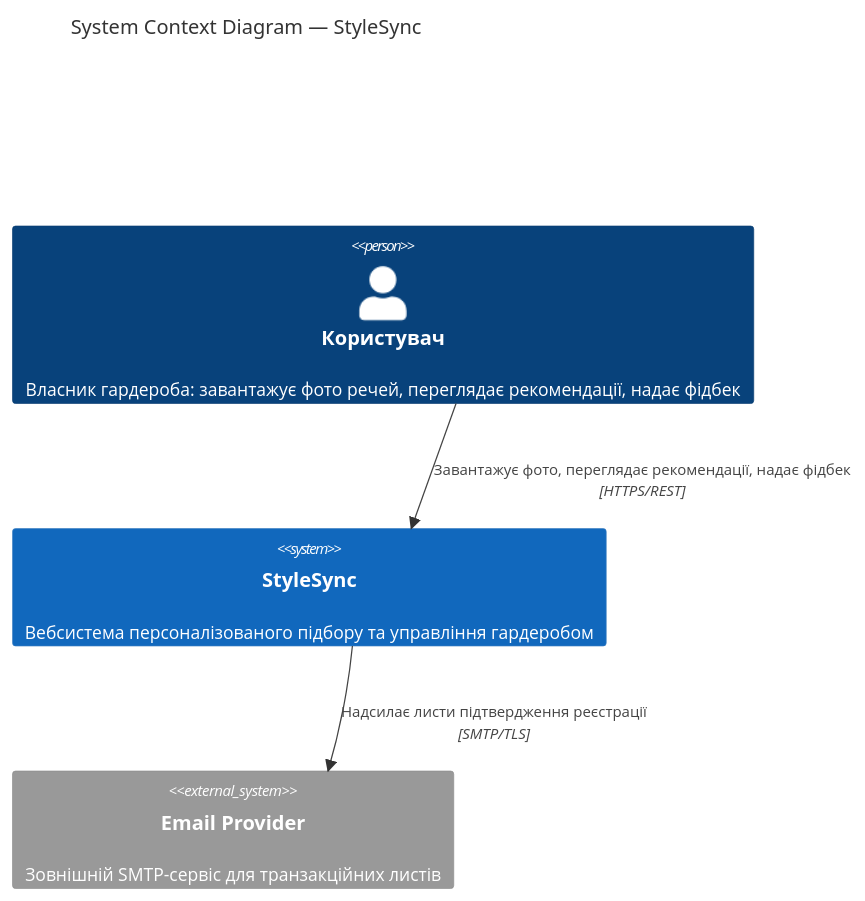
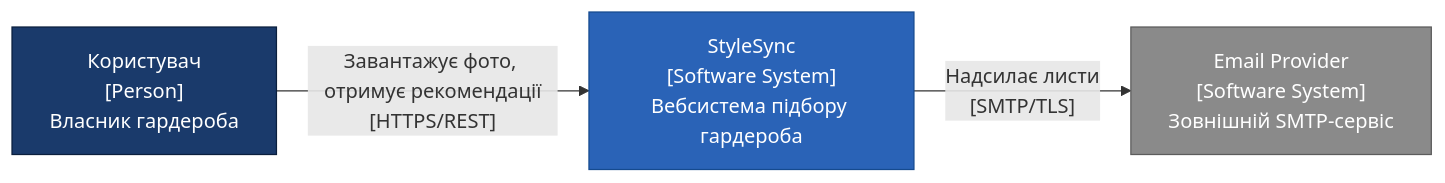
One commit to aanastasiaakk/F2-diploma-project changed the first of 6 diagrams in docs/2_design.md. Above: the diagram before and after it, drawn with Mermaid. The commit also changed other lines of this file and 2 other files, not shown here.

````diff
--- a/docs/2_design.md
+++ b/docs/2_design.md
@@ -7,13 +7,13 @@
 ```mermaid
-C4Context
-    title System Context Diagram — StyleSync
+flowchart LR
+    classDef person fill:#1a3a6b,color:#fff,stroke:#0b1f3d;
+    classDef system fill:#2a63b7,color:#fff,stroke:#154a8f;
+    classDef external fill:#8a8a8a,color:#fff,stroke:#5c5c5c;
 
-    Person(user, "Користувач", "Власник гардероба: завантажує фото речей, переглядає рекомендації, надає фідбек")
+    user["Користувач<br/>[Person]<br/>Власник гардероба"]:::person
+    stylesync["StyleSync<br/>[Software System]<br/>Вебсистема підбору гардероба"]:::system
+    email["Email Provider<br/>[Software System]<br/>Зовнішній SMTP-сервіс"]:::external
 
-    System(stylesync, "StyleSync", "Вебсистема персоналізованого підбору та управління гардеробом")
-
-    System_Ext(email_ext, "Email Provider", "Зовнішній SMTP-сервіс для транзакційних листів")
-
-    Rel(user, stylesync, "Завантажує фото, переглядає рекомендації, надає фідбек", "HTTPS/REST")
-    Rel(stylesync, email_ext, "Надсилає листи підтвердження реєстрації", "SMTP/TLS")
+    user -->|"Завантажує фото, отримує рекомендації<br/>[HTTPS/REST]"| stylesync
+    stylesync -->|"Надсилає листи<br/>[SMTP/TLS]"| email
 ```
````
